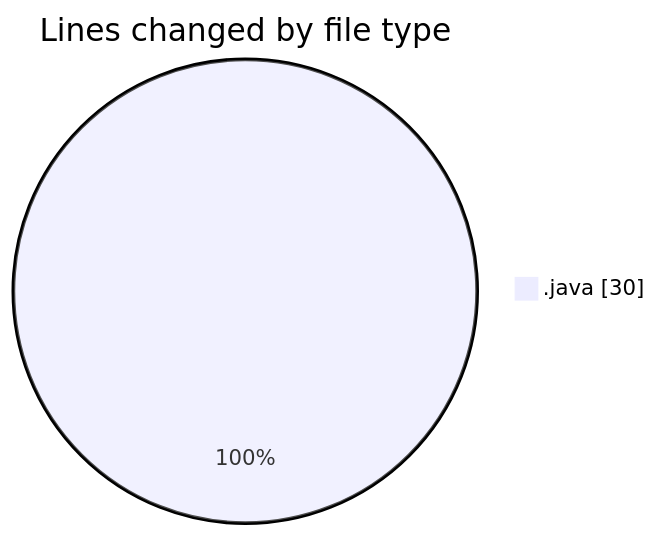
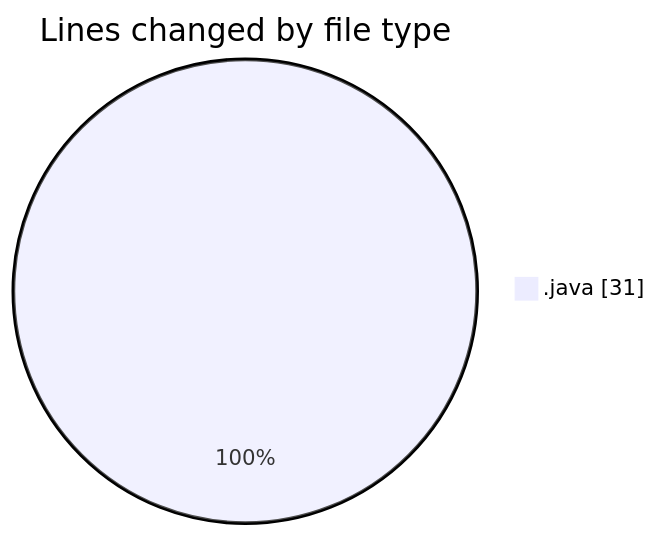
One commit to NitaiMahat/code-tracking changed the first of 2 diagrams in 2025-03-26/startfiles/README.md. Above: the diagram before and after it, drawn with Mermaid. The commit also changed other lines of this file and 1 other file, not shown here.

````diff
--- a/2025-03-26/startfiles/README.md
+++ b/2025-03-26/startfiles/README.md
@@ -20,5 +20,5 @@
 ```mermaid
 pie showData
 title Lines changed by file type
-".java" : 30
+".java" : 31
 ```
````
